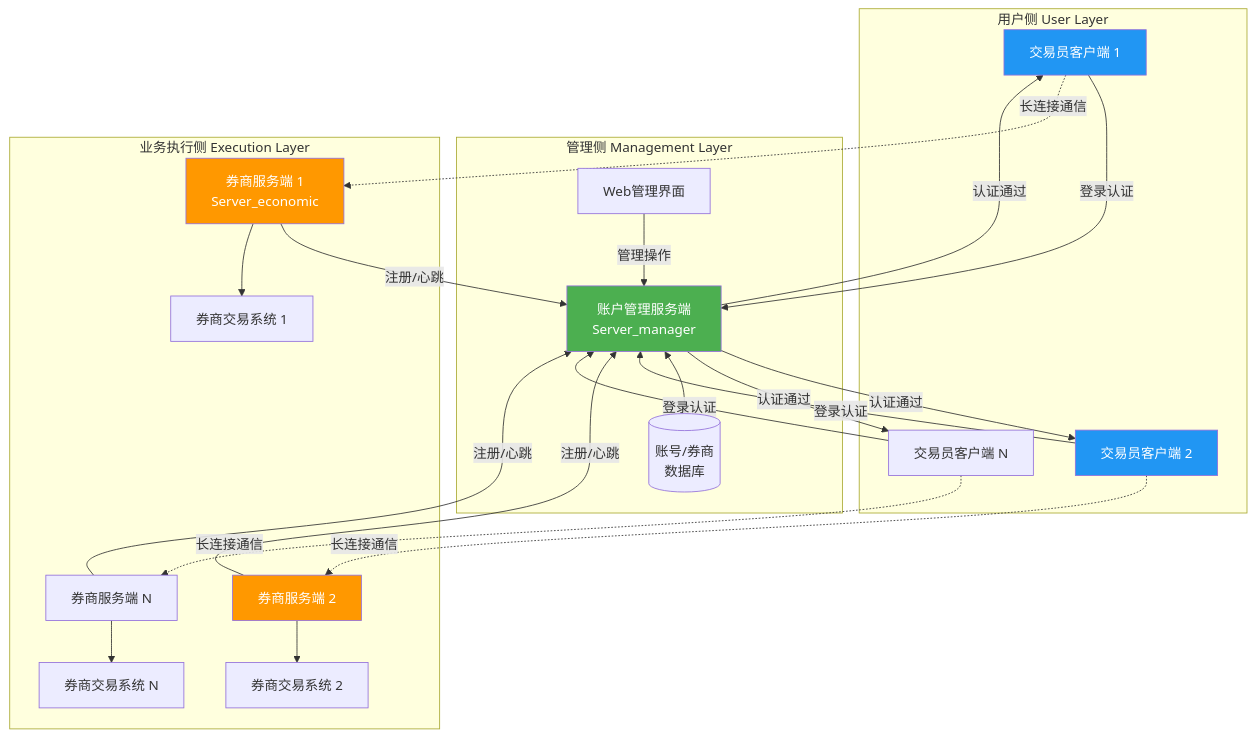
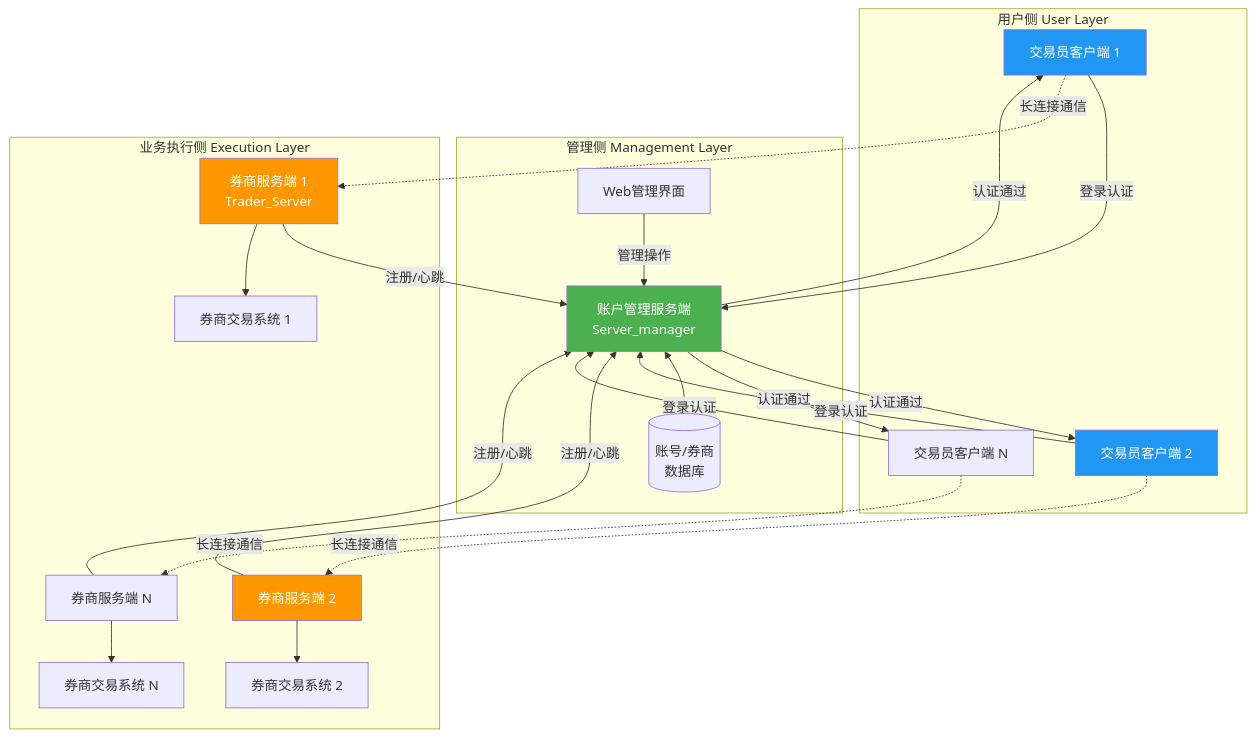
Before and after one commit to XiangzeLiu/EC_project: the first of 7 diagrams in 证券股票交易系统产品文档_合并版.md, drawn with Mermaid. The commit also changed other lines of this file and 37 other files, not shown here.

````diff
--- a/证券股票交易系统产品文档_合并版.md
+++ b/证券股票交易系统产品文档_合并版.md
@@ -76,44 +76,44 @@
 ```mermaid
 graph TD
     subgraph "用户侧 User Layer"
         C1[交易员客户端 1]
         C2[交易员客户端 2]
         Cn[交易员客户端 N]
     end
 
     subgraph "管理侧 Management Layer"
         SM[账户管理服务端<br/>Server_manager]
         DB[(账号/券商<br/>数据库)]
         Web[Web管理界面]
     end
 
     subgraph "业务执行侧 Execution Layer"
-        SE1[券商服务端 1<br/>Server_economic]
+        SE1[券商服务端 1<br/>Trader_Server]
         SE2[券商服务端 2]
         SEn[券商服务端 N]
         Broker1[券商交易系统 1]
         Broker2[券商交易系统 2]
         Brokern[券商交易系统 N]
     end
 
     C1 & C2 & Cn -->|登录认证| SM
     SM -->|认证通过| C1 & C2 & Cn
     SM <--> DB
     Web -->|管理操作| SM
 
     SE1 & SE2 & SEn -->|注册/心跳| SM
     
     C1 -. 长连接通信 .-> SE1
     C2 -. 长连接通信 .-> SE2
     Cn -. 长连接通信 .-> SEn
 
     SE1 --> Broker1
     SE2 --> Broker2
     SEn --> Brokern
 
     style SM fill:#4caf50,color:#fff
     style C1 fill:#2196f3,color:#fff
     style C2 fill:#2196f3,color:#fff
     style SE1 fill:#ff9800,color:#fff
     style SE2 fill:#ff9800,color:#fff
 ```
````
